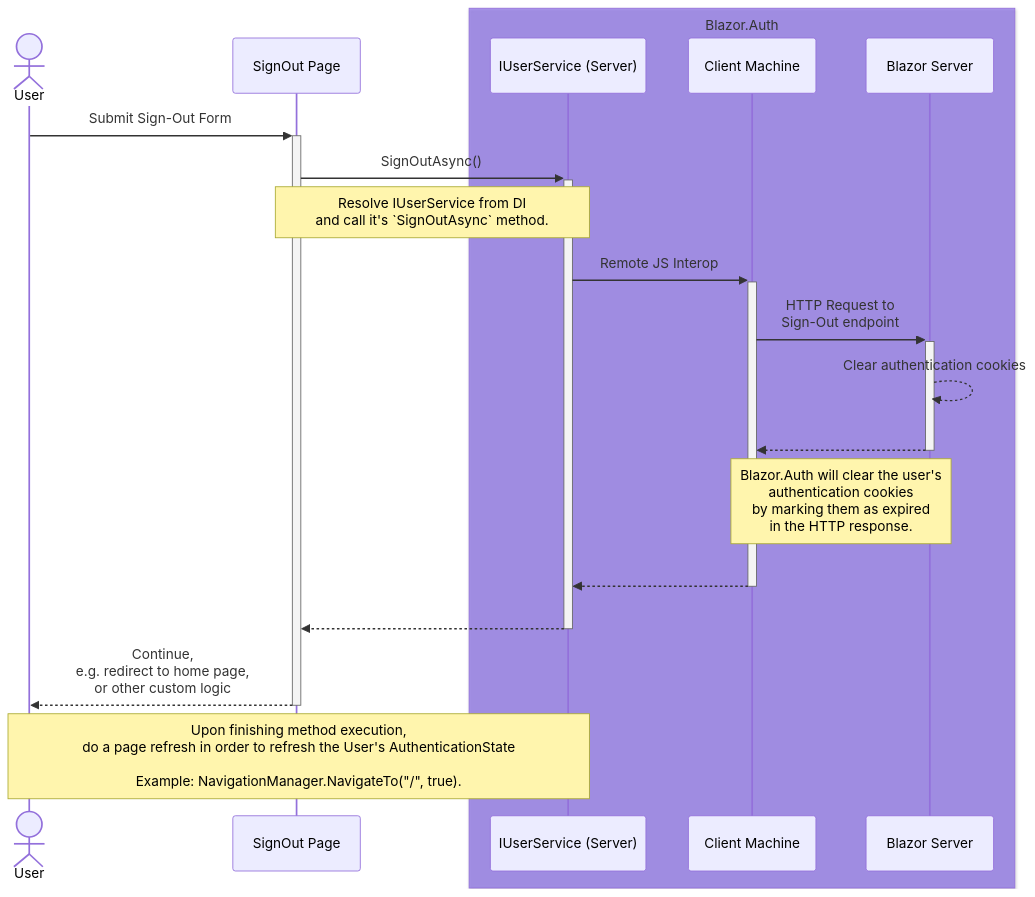
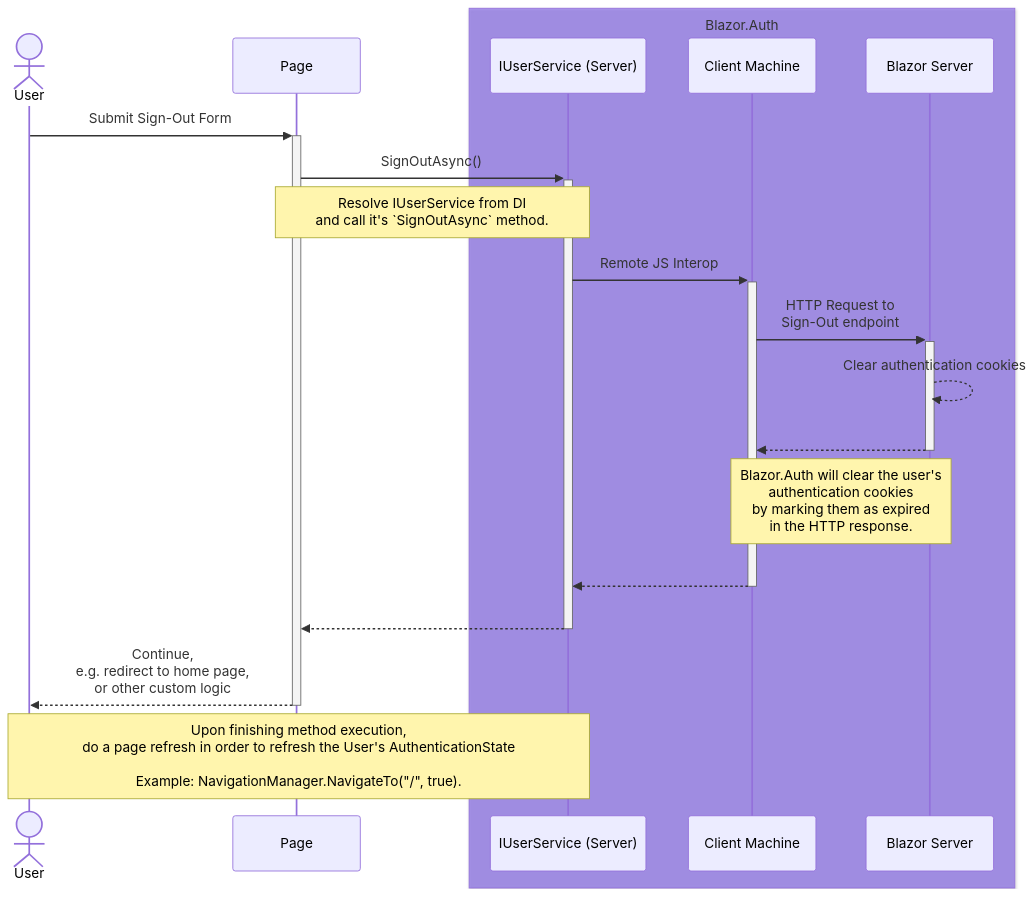
One commit to BitzArt/Blazor.Auth changed the second of 3 diagrams in docs/src/04.use-cases/03.interactive-server.md. Above: the diagram before and after it, drawn with Mermaid. The commit also changed other lines of this file and 2 other files, not shown here.

Commit message:
Just "Page" in sequence diagrams

````diff
--- a/docs/src/04.use-cases/03.interactive-server.md
+++ b/docs/src/04.use-cases/03.interactive-server.md
@@ -48,31 +48,31 @@
 ```mermaid
 sequenceDiagram
 
 actor user as User
-participant page as SignOut Page
+participant page as Page
 
 box rgba(101, 63, 232, 0.5) Blazor.Auth
 participant userServiceServer as IUserService (Server)
 participant blazorClient as Client Machine
 participant blazorServer as Blazor Server
 end
 
 user ->>+ page: Submit Sign-Out Form
 page ->>+ userServiceServer: SignOutAsync()
 note over page,userServiceServer: Resolve IUserService from DI<br/> and call it's `SignOutAsync` method.
 
 userServiceServer ->>+ blazorClient: Remote JS Interop
 blazorClient ->>+ blazorServer: HTTP Request to <br/> Sign-Out endpoint
 
 blazorServer -->> blazorServer: Clear authentication cookies
 
 blazorServer -->>- blazorClient: #32;
 note over blazorClient,blazorServer: Blazor.Auth will clear the user's <br/> authentication cookies <br/> by marking them as expired <br/> in the HTTP response.
 
 blazorClient -->>- userServiceServer: #32;
 
 userServiceServer -->>- page: #32;
 page -->>- user: Continue, <br/> e.g. redirect to home page, <br/> or other custom logic
 
 note over user,userServiceServer: Upon finishing method execution, <br/> do a page refresh in order to refresh the User's AuthenticationState<br/><br/> Example: NavigationManager.NavigateTo("/", true).
 ```
````
